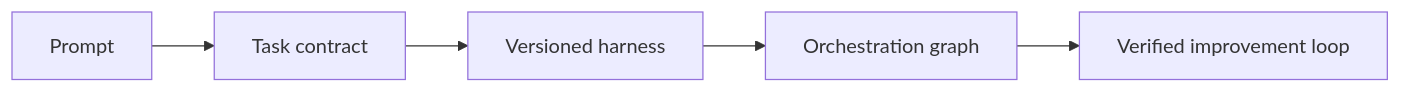
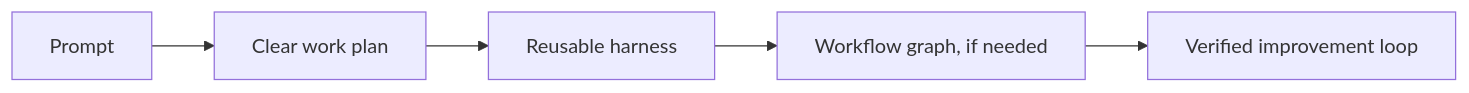
Before and after one commit to jremick/codexmaxxing: the first of 2 diagrams in docs/research-synthesis.md, drawn with Mermaid. The commit also changed other lines of this file and 38 other files, not shown here.

````diff
--- a/docs/research-synthesis.md
+++ b/docs/research-synthesis.md
@@ -81,7 +81,7 @@
 ```mermaid
 flowchart LR
-  A["Prompt"] --> B["Task contract"]
-  B --> C["Versioned harness"]
-  C --> D["Orchestration graph"]
+  A["Prompt"] --> B["Clear work plan"]
+  B --> C["Reusable harness"]
+  C --> D["Workflow graph, if needed"]
   D --> E["Verified improvement loop"]
 ```
````
